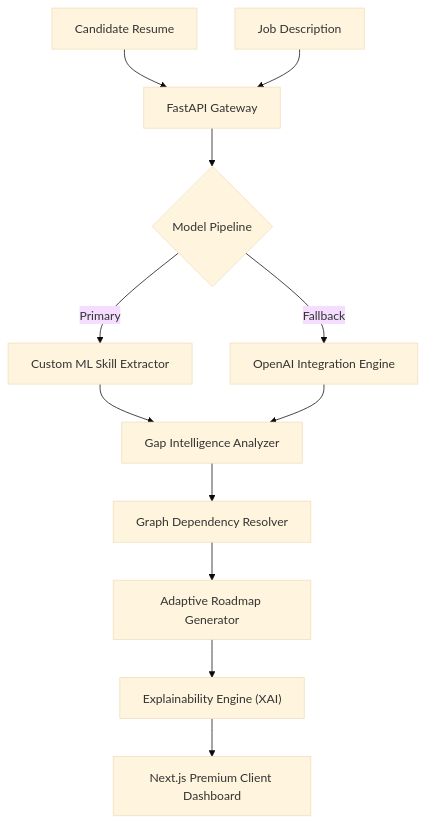
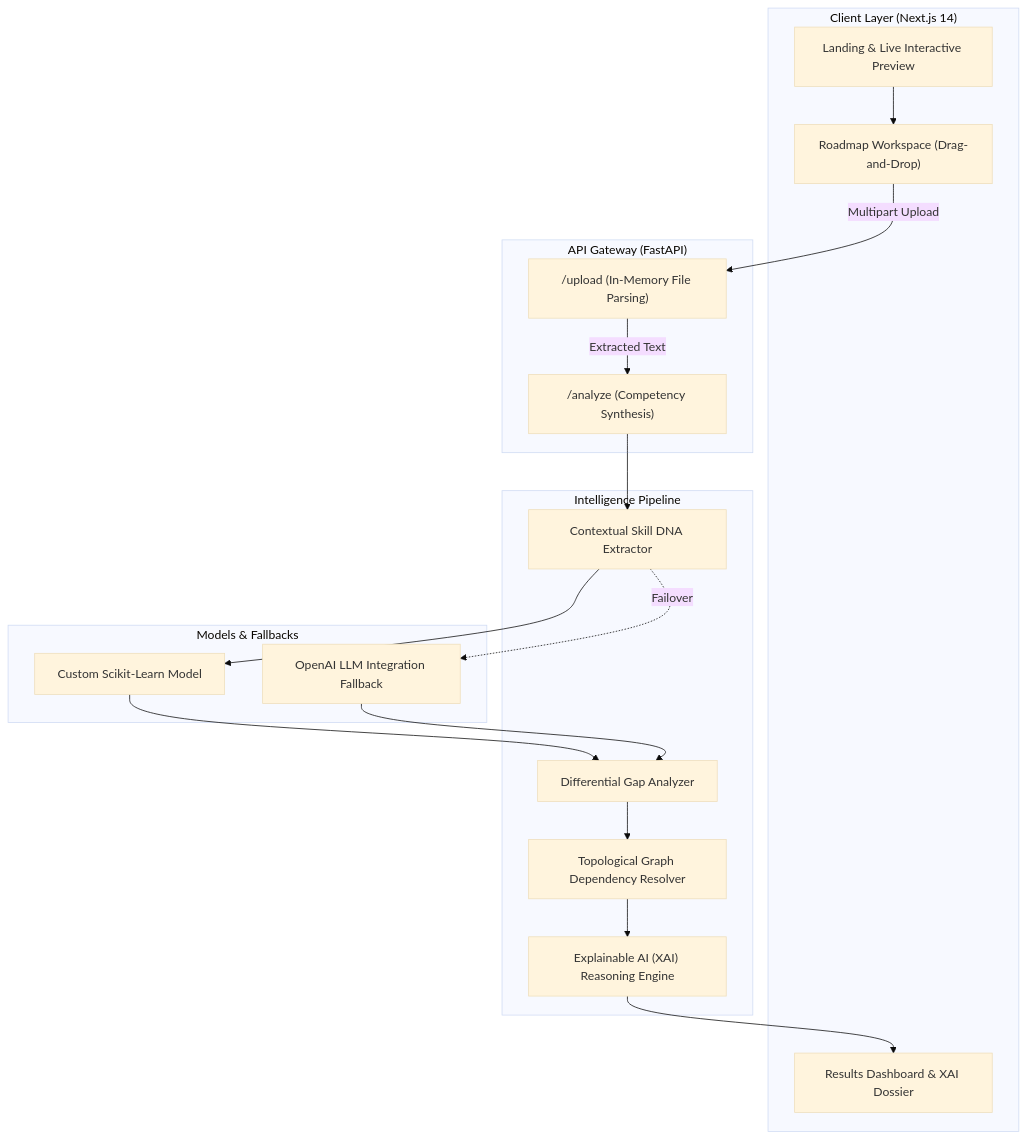
Before and after one commit to Chetan0e/Intra-AI: the diagram in README.md, drawn with Mermaid (base theme). The commit also changed other lines of this file and 26 other files, not shown here.

````diff
--- a/README.md
+++ b/README.md
@@ -41,14 +43,37 @@
 ```mermaid
-graph TD
-    A["Candidate Resume"] --> C["FastAPI Gateway"]
-    B["Job Description"] --> C
-    C --> D{"Model Pipeline"}
-    D -->|Primary| E["Custom ML Skill Extractor"]
-    D -->|Fallback| F["OpenAI Integration Engine"]
-    E --> G["Gap Intelligence Analyzer"]
-    F --> G
-    G --> H["Graph Dependency Resolver"]
-    H --> I["Adaptive Roadmap Generator"]
-    I --> J["Explainability Engine (XAI)"]
-    J --> K["Next.js Premium Client Dashboard"]
+flowchart TD
+    subgraph Client ["Client Layer (Next.js 14)"]
+        UI["Landing & Live Interactive Preview"]
+        WS["Roadmap Workspace (Drag-and-Drop)"]
+        RD["Results Dashboard & XAI Dossier"]
+    end
+
+    subgraph Gateway ["API Gateway (FastAPI)"]
+        UP["/upload (In-Memory File Parsing)"]
+        AN["/analyze (Competency Synthesis)"]
+    end
+
+    subgraph Engine ["Intelligence Pipeline"]
+        EXT["Contextual Skill DNA Extractor"]
+        GAP["Differential Gap Analyzer"]
+        DAG["Topological Graph Dependency Resolver"]
+        XAI["Explainable AI (XAI) Reasoning Engine"]
+    end
+
+    subgraph Intelligence ["Models & Fallbacks"]
+        ML["Custom Scikit-Learn Model"]
+        LLM["OpenAI LLM Integration Fallback"]
+    end
+
+    UI --> WS
+    WS -->|Multipart Upload| UP
+    UP -->|Extracted Text| AN
+    AN --> EXT
+    EXT --> ML
+    EXT -.->|Failover| LLM
+    ML --> GAP
+    LLM --> GAP
+    GAP --> DAG
+    DAG --> XAI
+    XAI --> RD
 ```
````
